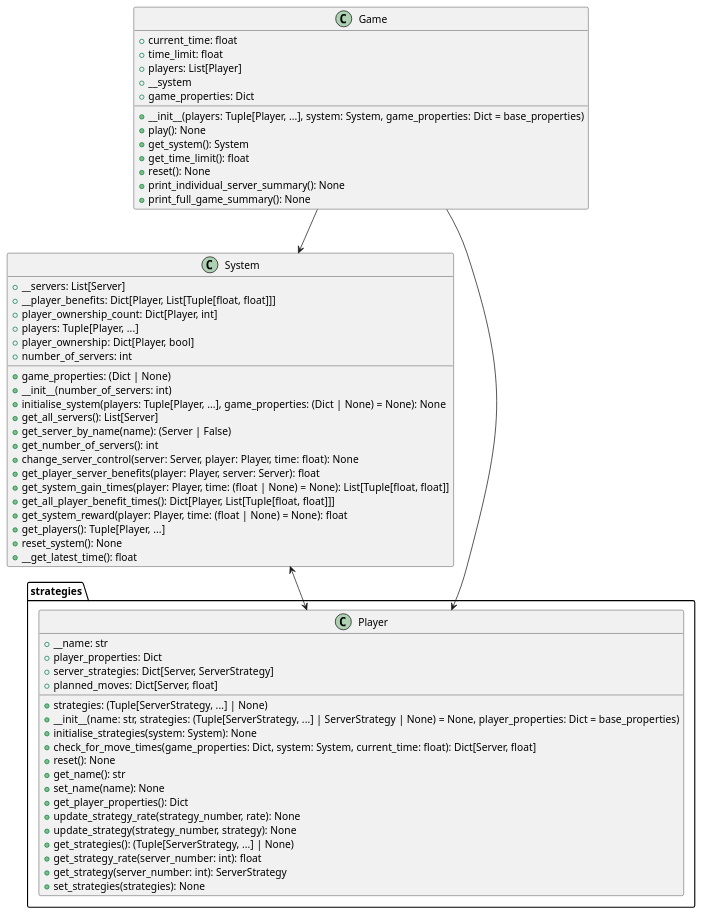
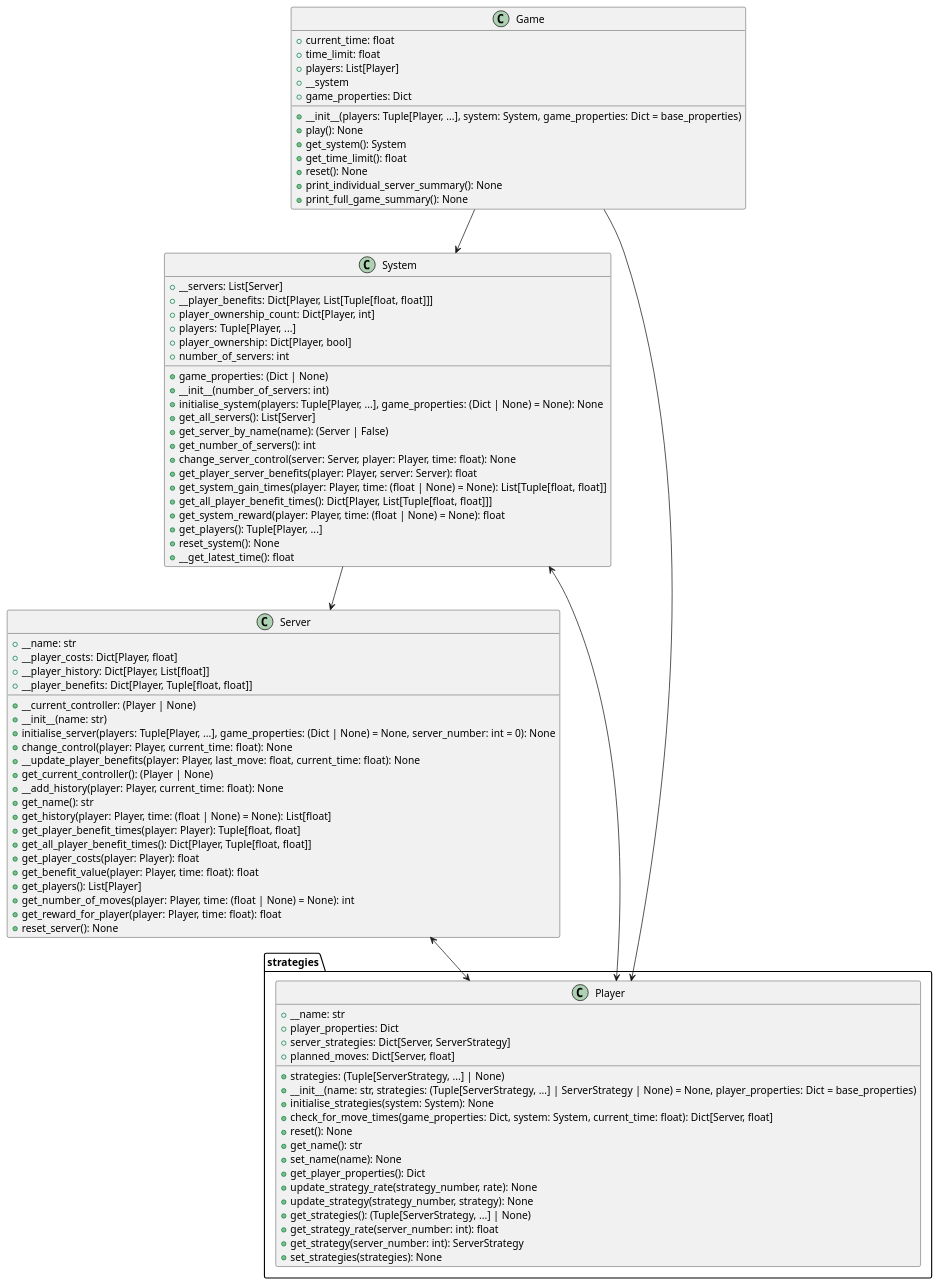
The diagram in DOCS/class-diagram.puml (ruipimentel/FlipThem-Simulation), drawn with PlantUML before and after one commit. The commit also changed 1 other file, not shown here.

Commit message:
Increments documentation on `Server` class.

```diff
--- a/DOCS/class-diagram.puml
+++ b/DOCS/class-diagram.puml
@@ -1,70 +1,96 @@
 @startuml "class-diagram"
 
 class Game {
   + current_time: float
   + time_limit: float
   + players: List[Player]
   + __system
   + game_properties: Dict
   + __init__(players: Tuple[Player, ...], system: System, game_properties: Dict = base_properties)
   + play(): None
   + get_system(): System
   + get_time_limit(): float
   + reset(): None
   + print_individual_server_summary(): None
   + print_full_game_summary(): None
 }
 
 class System {
   + __servers: List[Server]
   + __player_benefits: Dict[Player, List[Tuple[float, float]]]
   + player_ownership_count: Dict[Player, int]
   + players: Tuple[Player, ...]
   + player_ownership: Dict[Player, bool]
   + game_properties: (Dict | None)
   + number_of_servers: int
   + __init__(number_of_servers: int)
   + initialise_system(players: Tuple[Player, ...], game_properties: (Dict | None) = None): None
   + get_all_servers(): List[Server]
   + get_server_by_name(name): (Server | False)
   + get_number_of_servers(): int
   + change_server_control(server: Server, player: Player, time: float): None
   + get_player_server_benefits(player: Player, server: Server): float
   + get_system_gain_times(player: Player, time: (float | None) = None): List[Tuple[float, float]]
   + get_all_player_benefit_times(): Dict[Player, List[Tuple[float, float]]]
   + get_system_reward(player: Player, time: (float | None) = None): float
   + get_players(): Tuple[Player, ...]
   + reset_system(): None
   + __get_latest_time(): float
 }
 
+class Server {
+  + __name: str
+  + __current_controller: (Player | None)
+  + __player_costs: Dict[Player, float]
+  + __player_history: Dict[Player, List[float]]
+  + __player_benefits: Dict[Player, Tuple[float, float]]
+  + __init__(name: str)
+  + initialise_server(players: Tuple[Player, ...], game_properties: (Dict | None) = None, server_number: int = 0): None
+  + change_control(player: Player, current_time: float): None
+  + __update_player_benefits(player: Player, last_move: float, current_time: float): None
+  + get_current_controller(): (Player | None)
+  + __add_history(player: Player, current_time: float): None
+  + get_name(): str
+  + get_history(player: Player, time: (float | None) = None): List[float]
+  + get_player_benefit_times(player: Player): Tuple[float, float]
+  + get_all_player_benefit_times(): Dict[Player, Tuple[float, float]]
+  + get_player_costs(player: Player): float
+  + get_benefit_value(player: Player, time: float): float
+  + get_players(): List[Player]
+  + get_number_of_moves(player: Player, time: (float | None) = None): int
+  + get_reward_for_player(player: Player, time: float): float
+  + reset_server(): None
+}
+
 namespace strategies {
 
   class Player {
     + __name: str
     + player_properties: Dict
     + server_strategies: Dict[Server, ServerStrategy]
     + strategies: (Tuple[ServerStrategy, ...] | None)
     + planned_moves: Dict[Server, float]
     + __init__(name: str, strategies: (Tuple[ServerStrategy, ...] | ServerStrategy | None) = None, player_properties: Dict = base_properties)
     + initialise_strategies(system: System): None
     + check_for_move_times(game_properties: Dict, system: System, current_time: float): Dict[Server, float]
     + reset(): None
     + get_name(): str
     + set_name(name): None
     + get_player_properties(): Dict
     + update_strategy_rate(strategy_number, rate): None
     + update_strategy(strategy_number, strategy): None
     + get_strategies(): (Tuple[ServerStrategy, ...] | None)
     + get_strategy_rate(server_number: int): float
     + get_strategy(server_number: int): ServerStrategy
     + set_strategies(strategies): None
   }
 
 }
 
 Game --> System
 Game --> strategies.Player
 System <--> strategies.Player
+System --> Server
+Server <--> strategies.Player
 
 @enduml
```
